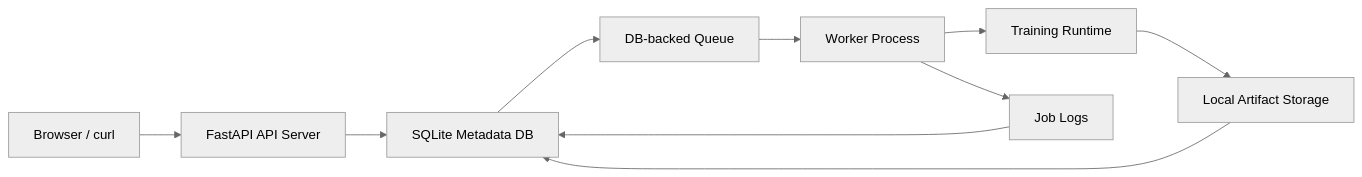
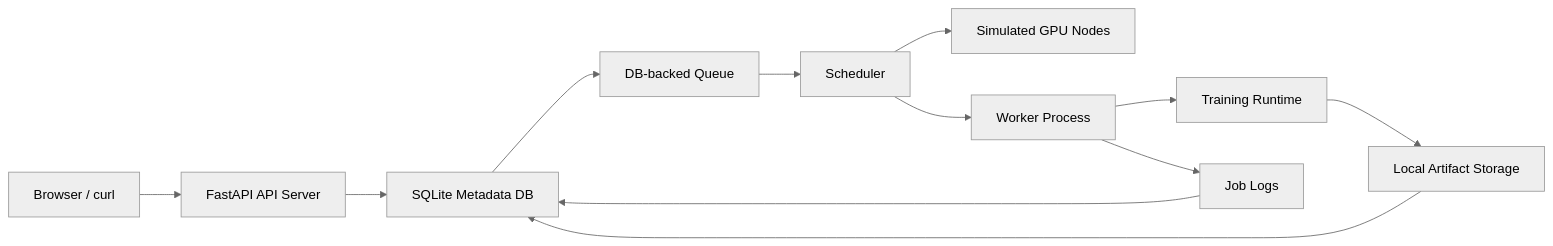
One commit to zqih/mini-ai-platform changed the first of 2 diagrams in docs/architecture.md. Above: the diagram before and after it, drawn with Mermaid (neutral theme). The commit also changed other lines of this file and 9 other files, not shown here.

Commit message:
Add simulated GPU scheduler

````diff
--- a/docs/architecture.md
+++ b/docs/architecture.md
@@ -5,12 +5,14 @@
 ```mermaid
 flowchart LR
     U["Browser / curl"] --> API["FastAPI API Server"]
     API --> DB["SQLite Metadata DB"]
     DB --> Q["DB-backed Queue"]
-    Q --> W["Worker Process"]
+    Q --> S["Scheduler"]
+    S --> N["Simulated GPU Nodes"]
+    S --> W["Worker Process"]
     W --> T["Training Runtime"]
     T --> ART["Local Artifact Storage"]
     W --> LOG["Job Logs"]
     LOG --> DB
     ART --> DB
 ```
````
